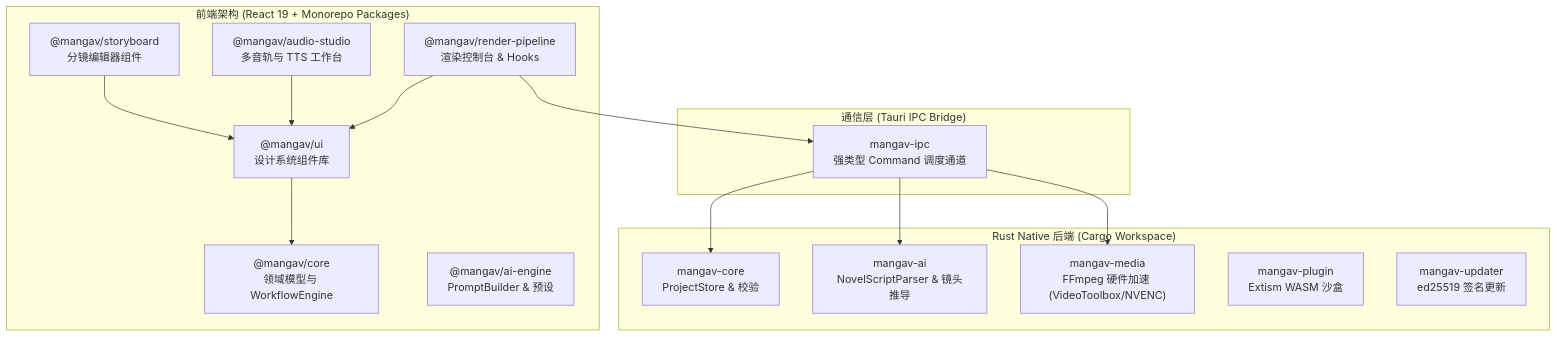
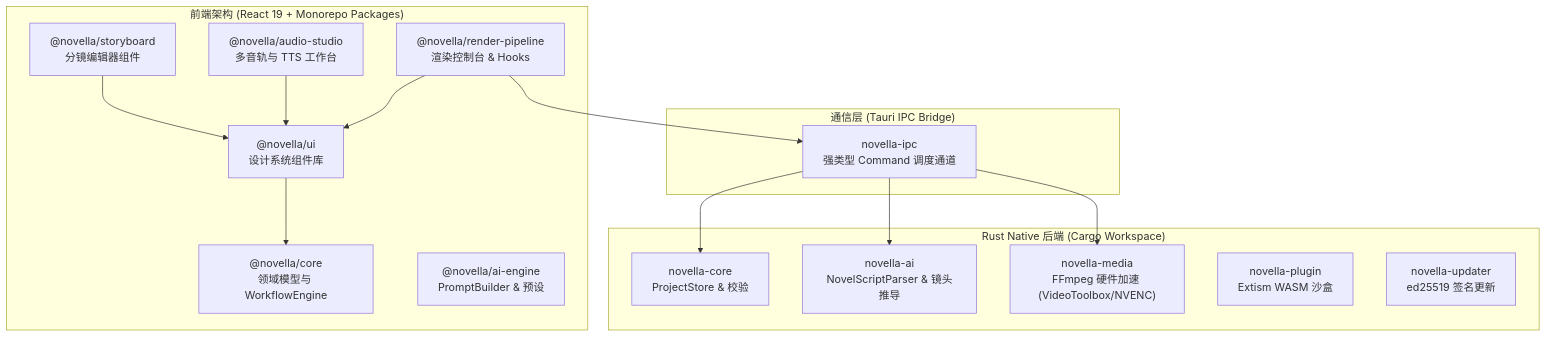
Before and after one commit to Agions/frame-forge: the diagram in docs/developer-guide/architecture.md, drawn with Mermaid. The commit also changed other lines of this file and 137 other files, not shown here.

Commit message:
feat: complete project renaming to Novella and update brand logos & AI agent workflow

````diff
--- a/docs/developer-guide/architecture.md
+++ b/docs/developer-guide/architecture.md
@@ -11,32 +11,32 @@
 ```mermaid
 graph TD
     subgraph Frontend ["前端架构 (React 19 + Monorepo Packages)"]
-        UI["@mangav/ui<br/>设计系统组件库"]
-        CoreTS["@mangav/core<br/>领域模型与 WorkflowEngine"]
-        AI_TS["@mangav/ai-engine<br/>PromptBuilder & 预设"]
-        SB_TS["@mangav/storyboard<br/>分镜编辑器组件"]
-        Audio_TS["@mangav/audio-studio<br/>多音轨与 TTS 工作台"]
-        Render_TS["@mangav/render-pipeline<br/>渲染控制台 & Hooks"]
+        UI["@novella/ui<br/>设计系统组件库"]
+        CoreTS["@novella/core<br/>领域模型与 WorkflowEngine"]
+        AI_TS["@novella/ai-engine<br/>PromptBuilder & 预设"]
+        SB_TS["@novella/storyboard<br/>分镜编辑器组件"]
+        Audio_TS["@novella/audio-studio<br/>多音轨与 TTS 工作台"]
+        Render_TS["@novella/render-pipeline<br/>渲染控制台 & Hooks"]
     end
 
     subgraph IPC ["通信层 (Tauri IPC Bridge)"]
-        Specta["mangav-ipc<br/>强类型 Command 调度通道"]
+        Specta["novella-ipc<br/>强类型 Command 调度通道"]
     end
 
     subgraph Backend ["Rust Native 后端 (Cargo Workspace)"]
-        CoreRS["mangav-core<br/>ProjectStore & 校验"]
-        AIRS["mangav-ai<br/>NovelScriptParser & 镜头推导"]
-        MediaRS["mangav-media<br/>FFmpeg 硬件加速 (VideoToolbox/NVENC)"]
-        PluginRS["mangav-plugin<br/>Extism WASM 沙盒"]
-        UpdaterRS["mangav-updater<br/>ed25519 签名更新"]
+        CoreRS["novella-core<br/>ProjectStore & 校验"]
+        AIRS["novella-ai<br/>NovelScriptParser & 镜头推导"]
+        MediaRS["novella-media<br/>FFmpeg 硬件加速 (VideoToolbox/NVENC)"]
+        PluginRS["novella-plugin<br/>Extism WASM 沙盒"]
+        UpdaterRS["novella-updater<br/>ed25519 签名更新"]
     end
 
     UI --> CoreTS
     SB_TS --> UI
     Audio_TS --> UI
     Render_TS --> UI
     Render_TS --> Specta
     Specta --> CoreRS
     Specta --> AIRS
     Specta --> MediaRS
 ```
````
